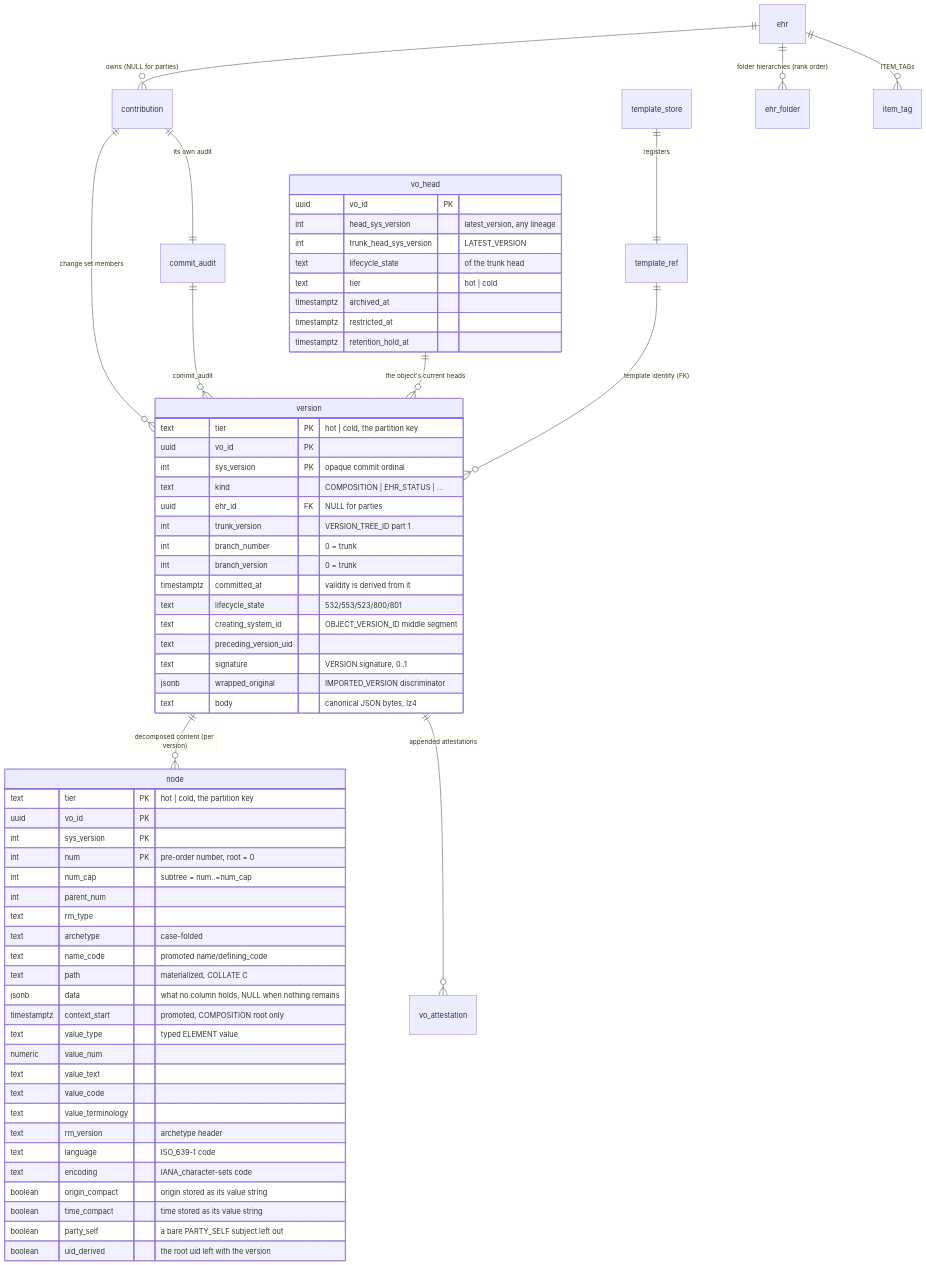
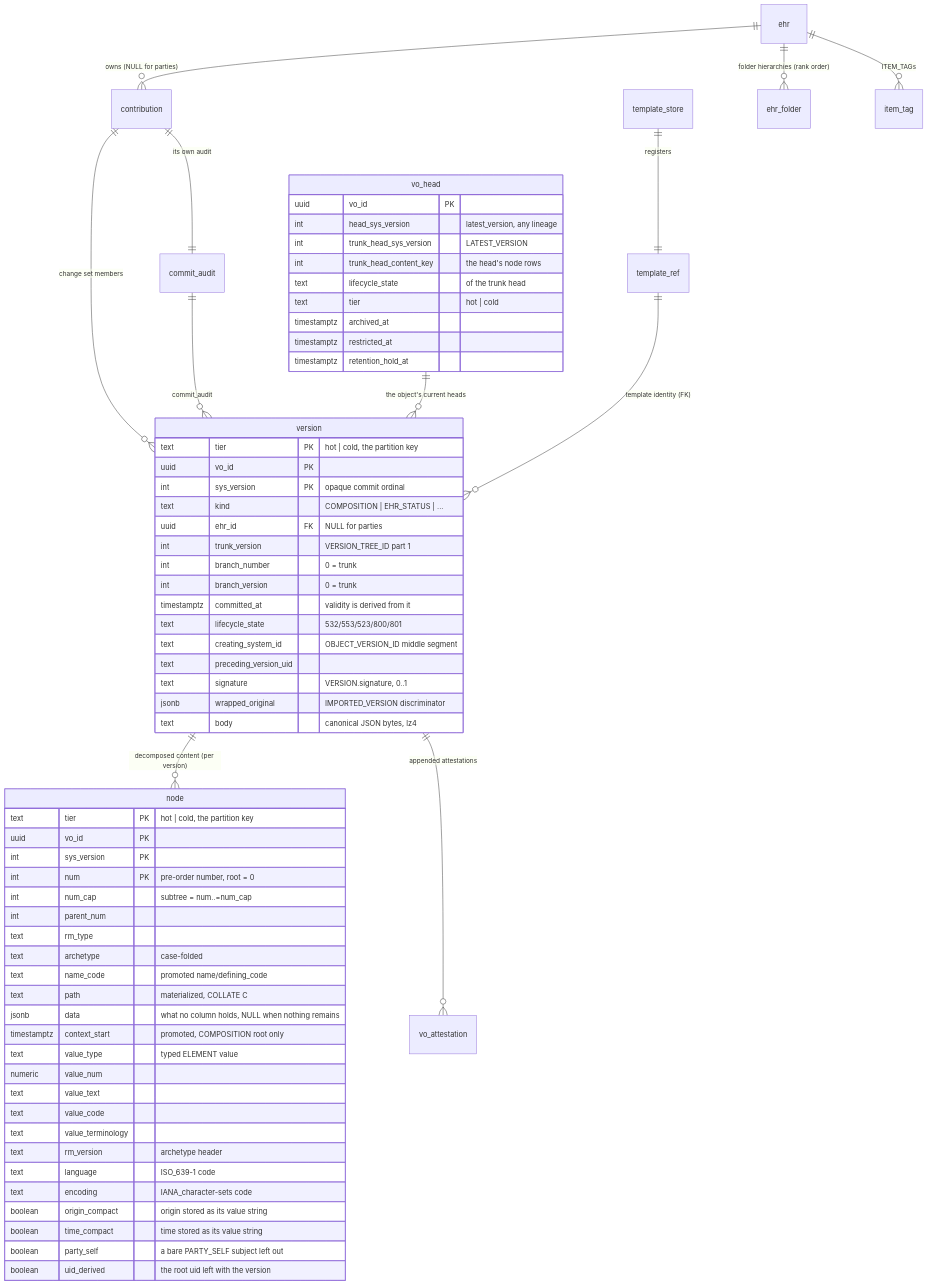
One commit to FerroHEALTH/FerroEHR changed the second of 6 diagrams in website/book/src/concepts/storage.md. Above: the diagram before and after it, drawn with Mermaid. The commit also changed other lines of this file and 28 other files, not shown here.

````diff
--- a/website/book/src/concepts/storage.md
+++ b/website/book/src/concepts/storage.md
@@ -104,68 +104,69 @@
 ```mermaid
 erDiagram
     ehr ||--o{ contribution : "owns (NULL for parties)"
     contribution ||--|| commit_audit : "its own audit"
     contribution ||--o{ version : "change set members"
     commit_audit ||--o{ version : "commit_audit"
     vo_head ||--o{ version : "the object's current heads"
     version ||--o{ node : "decomposed content (per version)"
     version ||--o{ vo_attestation : "appended attestations"
     template_ref ||--o{ version : "template identity (FK)"
     template_store ||--|| template_ref : "registers"
     ehr ||--o{ ehr_folder : "folder hierarchies (rank order)"
     ehr ||--o{ item_tag : "ITEM_TAGs"
 
     version {
         text tier PK "hot | cold, the partition key"
         uuid vo_id PK
         int sys_version PK "opaque commit ordinal"
         text kind "COMPOSITION | EHR_STATUS | ..."
         uuid ehr_id FK "NULL for parties"
         int trunk_version "VERSION_TREE_ID part 1"
         int branch_number "0 = trunk"
         int branch_version "0 = trunk"
         timestamptz committed_at "validity is derived from it"
         text lifecycle_state "532/553/523/800/801"
         text creating_system_id "OBJECT_VERSION_ID middle segment"
         text preceding_version_uid
         text signature "VERSION.signature, 0..1"
         jsonb wrapped_original "IMPORTED_VERSION discriminator"
         text body "canonical JSON bytes, lz4"
     }
     vo_head {
         uuid vo_id PK
         int head_sys_version "latest_version, any lineage"
         int trunk_head_sys_version "LATEST_VERSION"
+        int trunk_head_content_key "the head's node rows"
         text lifecycle_state "of the trunk head"
         text tier "hot | cold"
         timestamptz archived_at
         timestamptz restricted_at
         timestamptz retention_hold_at
     }
     node {
         text tier PK "hot | cold, the partition key"
         uuid vo_id PK
         int sys_version PK
         int num PK "pre-order number, root = 0"
         int num_cap "subtree = num..=num_cap"
         int parent_num
         text rm_type
         text archetype "case-folded"
         text name_code "promoted name/defining_code"
         text path "materialized, COLLATE C"
         jsonb data "what no column holds, NULL when nothing remains"
         timestamptz context_start "promoted, COMPOSITION root only"
         text value_type "typed ELEMENT value"
         numeric value_num
         text value_text
         text value_code
         text value_terminology
         text rm_version "archetype header"
         text language "ISO_639-1 code"
         text encoding "IANA_character-sets code"
         boolean origin_compact "origin stored as its value string"
         boolean time_compact "time stored as its value string"
         boolean party_self "a bare PARTY_SELF subject left out"
         boolean uid_derived "the root uid left with the version"
     }
 ```
````
